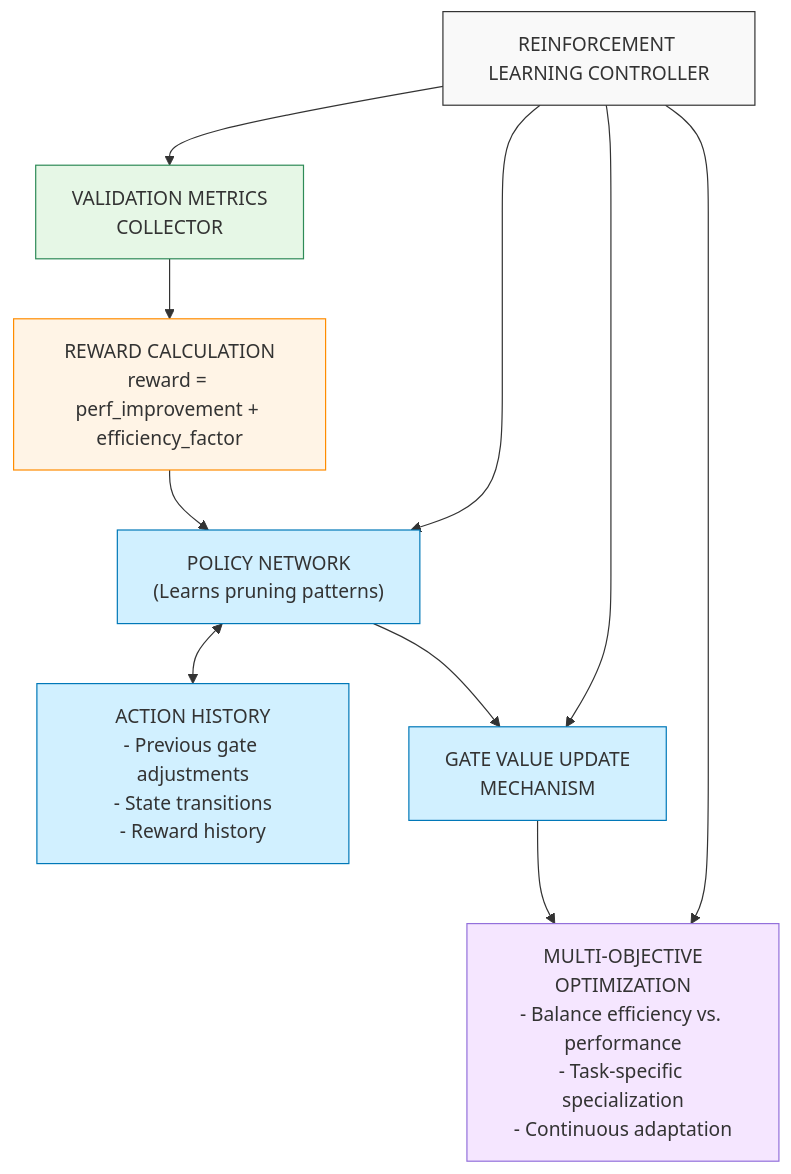
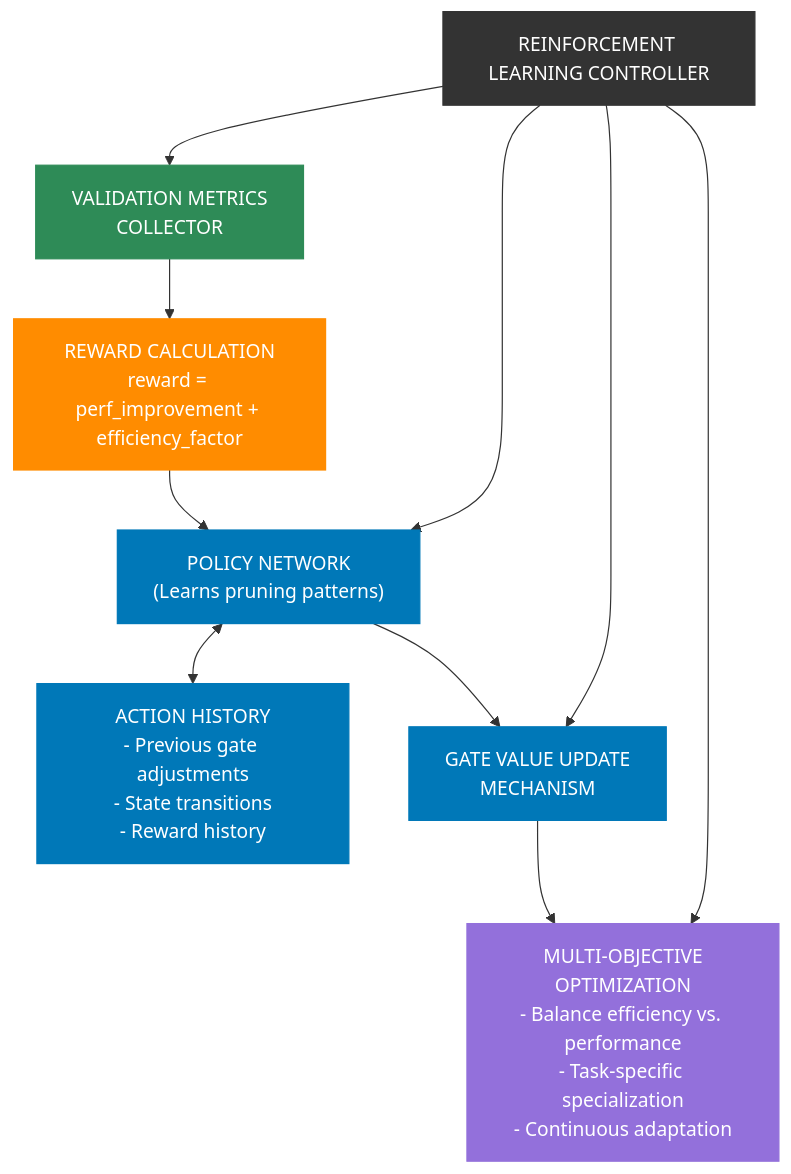
One commit to CambrianTech/sentinel-ai changed the fifth of 6 diagrams in README.md. Above: the diagram before and after it, drawn with Mermaid. The commit also changed other lines of this file, not shown here.

First line of the commit message:
Improve diagram color contrast in README

````diff
--- a/README.md
+++ b/README.md
@@ -473,35 +473,35 @@
 ```mermaid
 flowchart TD
-    classDef standard fill:#f9f9f9,stroke:#333,stroke-width:1px
-    classDef metrics fill:#e6f7e6,stroke:#2e8b57,stroke-width:1px
-    classDef reward fill:#fff4e6,stroke:#ff8c00,stroke-width:1px
-    classDef policy fill:#d1f0ff,stroke:#0078b8,stroke-width:1px
-    classDef optimization fill:#f5e6ff,stroke:#9370db,stroke-width:1px
+    classDef standard fill:#333,stroke:#333,stroke-width:1px,color:#fff
+    classDef metrics fill:#2e8b57,stroke:#2e8b57,stroke-width:1px,color:#fff
+    classDef reward fill:#ff8c00,stroke:#ff8c00,stroke-width:1px,color:#fff
+    classDef policy fill:#0078b8,stroke:#0078b8,stroke-width:1px,color:#fff
+    classDef optimization fill:#9370db,stroke:#9370db,stroke-width:1px,color:#fff
     
     %% Main Components
     title["REINFORCEMENT LEARNING CONTROLLER"]
     metrics["VALIDATION METRICS<br/>COLLECTOR"]
     reward["REWARD CALCULATION<br/>reward = perf_improvement + efficiency_factor"]
     policy["POLICY NETWORK<br/>(Learns pruning patterns)"]
     history["ACTION HISTORY<br/>- Previous gate adjustments<br/>- State transitions<br/>- Reward history"]
     update["GATE VALUE UPDATE<br/>MECHANISM"]
     optimization["MULTI-OBJECTIVE<br/>OPTIMIZATION<br/>- Balance efficiency vs. performance<br/>- Task-specific specialization<br/>- Continuous adaptation"]
     
     %% Connections
     title --> metrics & policy & update & optimization
     
     metrics --> reward
     reward --> policy
     policy <--> history
     policy --> update
     update --> optimization
     
     %% Styling
     title:::standard
     metrics:::metrics
     reward:::reward
     policy:::policy
     history:::policy
     update:::policy
     optimization:::optimization
 ```
````
